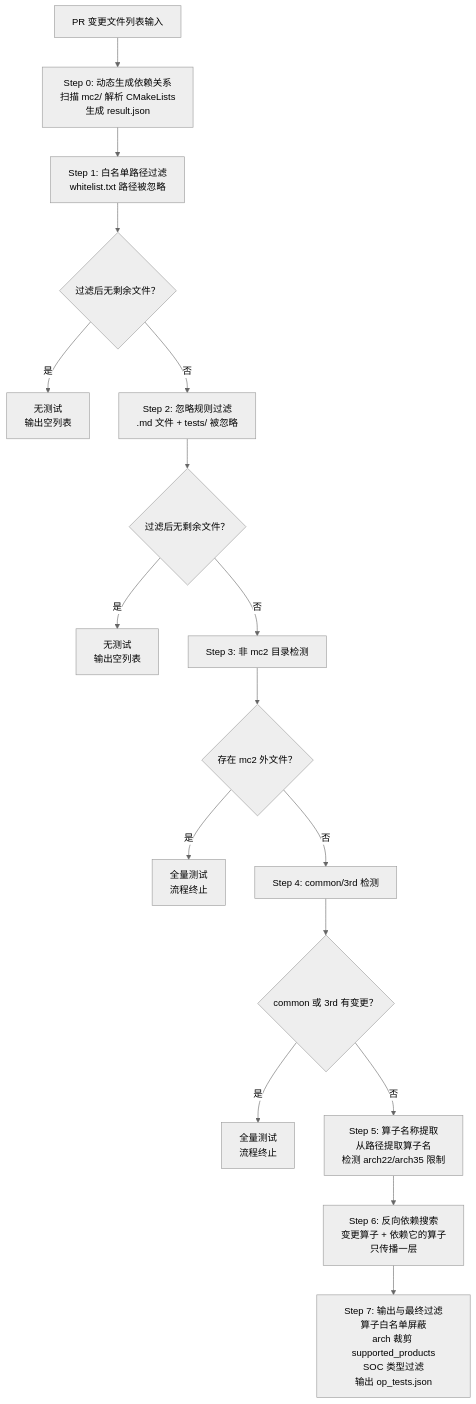
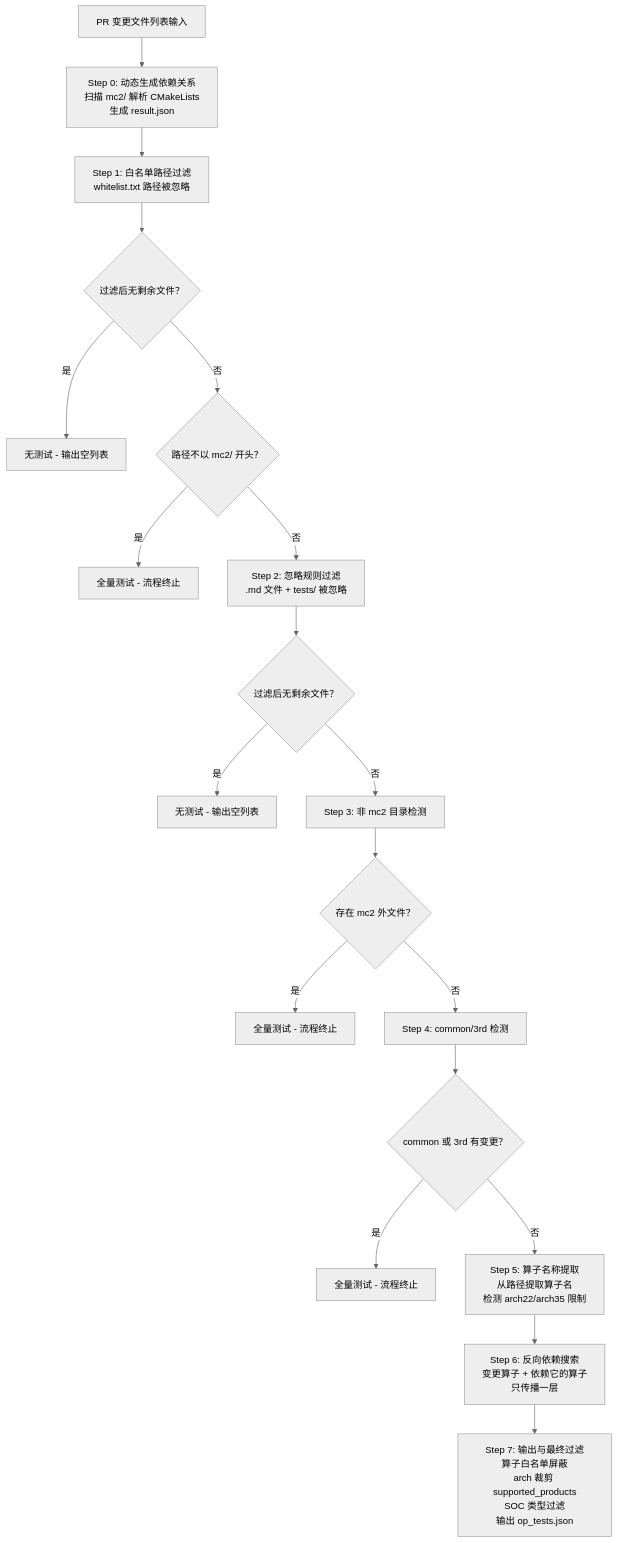
The diagram in op_filters/Wiki.md (ChunnX/ops-transformer), drawn with Mermaid (neutral theme) before and after one commit. The commit also changed other lines of this file, not shown here.

First line of the commit message:
修复Wiki流程图换行符，补充mc2/前缀检测分支，精简详细说明

````diff
--- a/op_filters/Wiki.md
+++ b/op_filters/Wiki.md
@@ -19,19 +19,21 @@
 ```mermaid
 flowchart TD
-    A[PR 变更文件列表输入] --> B[Step 0: 动态生成依赖关系\n扫描 mc2/ 解析 CMakeLists\n生成 result.json]
-    B --> C[Step 1: 白名单路径过滤\nwhitelist.txt 路径被忽略]
-    C --> D{过滤后无剩余文件？}
-    D -- 是 --> E1[无测试\n输出空列表]
-    D -- 否 --> F[Step 2: 忽略规则过滤\n.md 文件 + tests/ 被忽略]
-    F --> G{过滤后无剩余文件？}
-    G -- 是 --> E2[无测试\n输出空列表]
-    G -- 否 --> H[Step 3: 非 mc2 目录检测]
-    H --> I{存在 mc2 外文件？}
-    I -- 是 --> J1[全量测试\n流程终止]
-    I -- 否 --> K[Step 4: common/3rd 检测]
-    K --> L{common 或 3rd 有变更？}
-    L -- 是 --> J2[全量测试\n流程终止]
-    L -- 否 --> M[Step 5: 算子名称提取\n从路径提取算子名\n检测 arch22/arch35 限制]
-    M --> N[Step 6: 反向依赖搜索\n变更算子 + 依赖它的算子\n只传播一层]
-    N --> O[Step 7: 输出与最终过滤\n算子白名单屏蔽\narch 裁剪 supported_products\nSOC 类型过滤\n输出 op_tests.json]
+    A["PR 变更文件列表输入"] --> B["Step 0: 动态生成依赖关系<br>扫描 mc2/ 解析 CMakeLists<br>生成 result.json"]
+    B --> C["Step 1: 白名单路径过滤<br>whitelist.txt 路径被忽略"]
+    C --> D{"过滤后无剩余文件？"}
+    D -- 是 --> E1["无测试 - 输出空列表"]
+    D -- 否 --> X{"路径不以 mc2/ 开头？"}
+    X -- 是 --> J0["全量测试 - 流程终止"]
+    X -- 否 --> F["Step 2: 忽略规则过滤<br>.md 文件 + tests/ 被忽略"]
+    F --> G{"过滤后无剩余文件？"}
+    G -- 是 --> E2["无测试 - 输出空列表"]
+    G -- 否 --> H["Step 3: 非 mc2 目录检测"]
+    H --> I{"存在 mc2 外文件？"}
+    I -- 是 --> J1["全量测试 - 流程终止"]
+    I -- 否 --> K["Step 4: common/3rd 检测"]
+    K --> L{"common 或 3rd 有变更？"}
+    L -- 是 --> J2["全量测试 - 流程终止"]
+    L -- 否 --> M["Step 5: 算子名称提取<br>从路径提取算子名<br>检测 arch22/arch35 限制"]
+    M --> N["Step 6: 反向依赖搜索<br>变更算子 + 依赖它的算子<br>只传播一层"]
+    N --> O["Step 7: 输出与最终过滤<br>算子白名单屏蔽<br>arch 裁剪 supported_products<br>SOC 类型过滤<br>输出 op_tests.json"]
 ```
````
